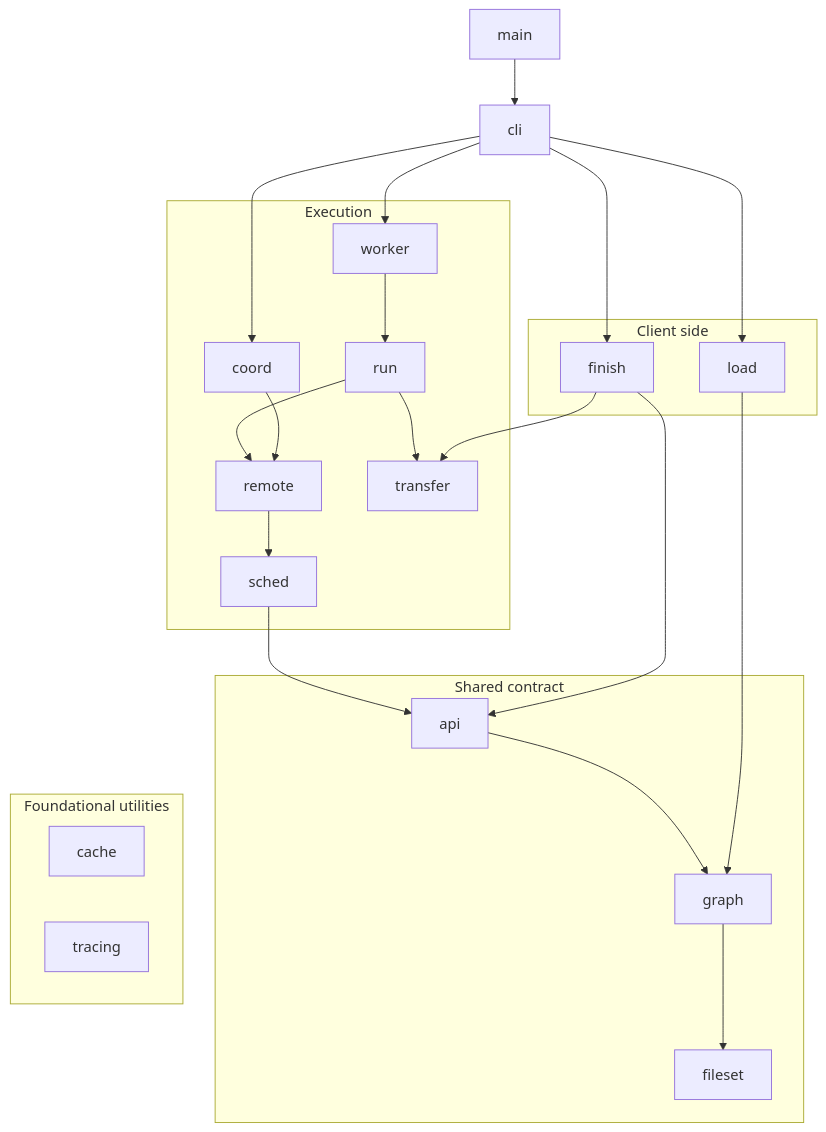
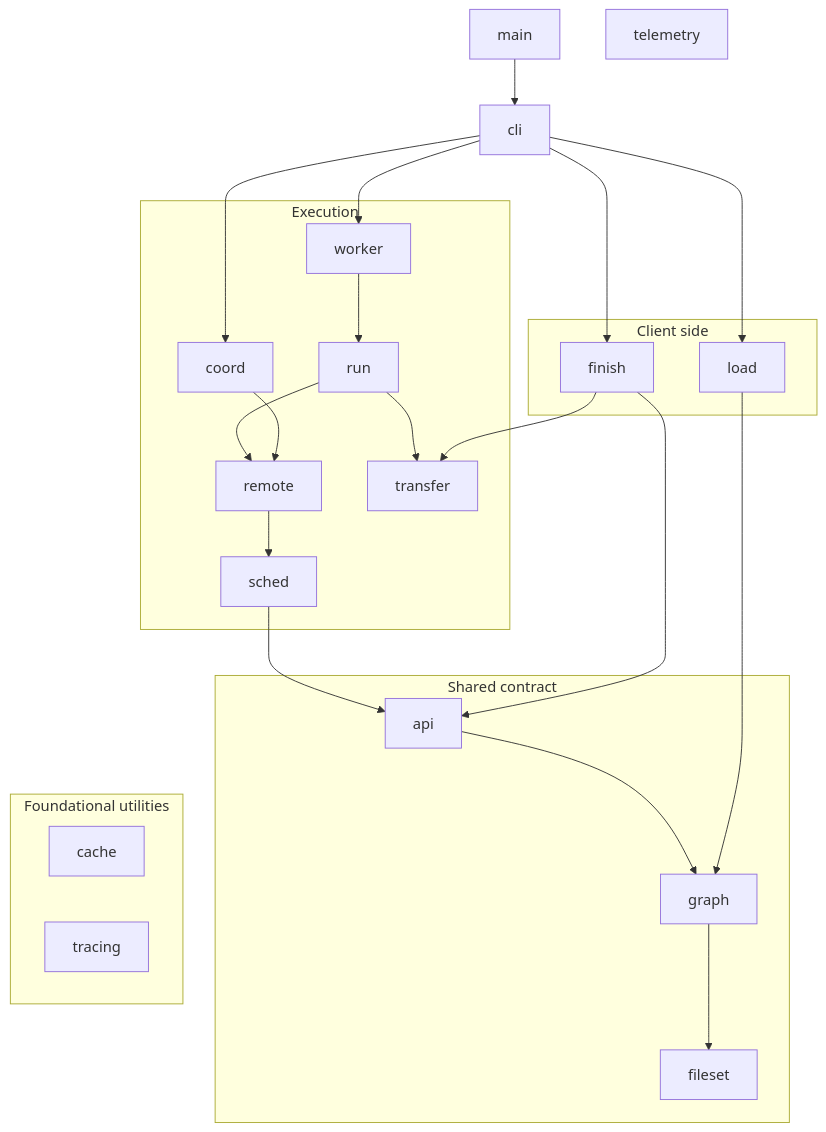
The first of 2 diagrams in docs/design/package-layering.md (vamos-build/vamos), drawn with Mermaid before and after one commit. The commit also changed other lines of this file and 12 other files, not shown here.

````diff
--- a/docs/design/package-layering.md
+++ b/docs/design/package-layering.md
@@ -17,36 +17,38 @@
 ```mermaid
 flowchart TB
     main --> cli
 
     cli --> load & finish & coord & worker
 
     subgraph clientpkgs["Client side"]
         load
         finish
     end
 
     subgraph execpkgs["Execution"]
         worker --> run
         run --> remote
         run --> transfer
         coord --> remote
         remote --> sched
     end
 
     subgraph contract["Shared contract"]
         sched --> api
         api --> graphpkg["graph"]
         graphpkg --> fileset
         transfer
     end
 
     subgraph foundation["Foundational utilities"]
         cache
         tracing
     end
 
+    telemetry
+
     finish --> api
     finish --> transfer
     load --> graphpkg
     contract ~~~ foundation
 ```
````
